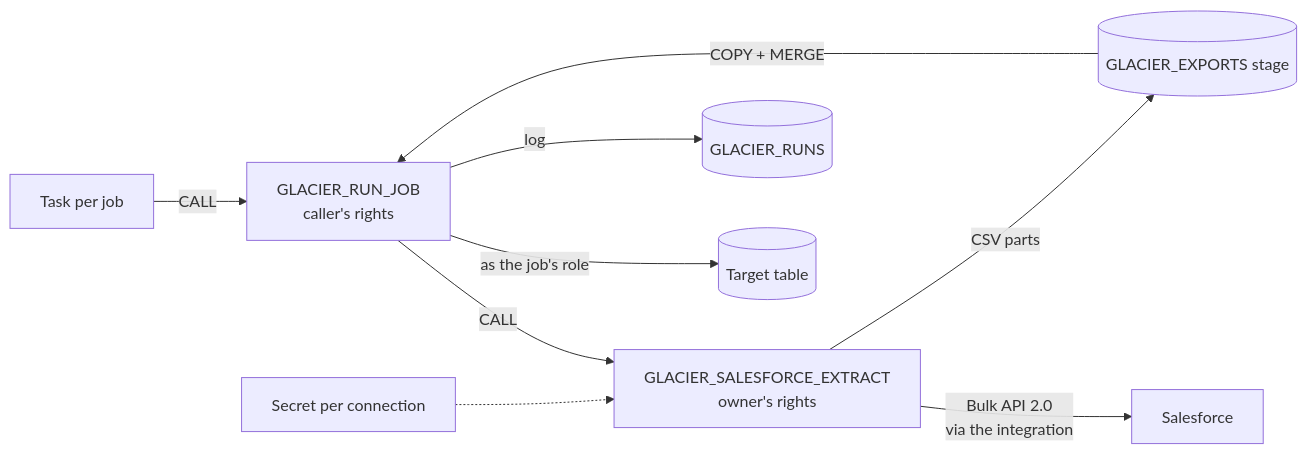
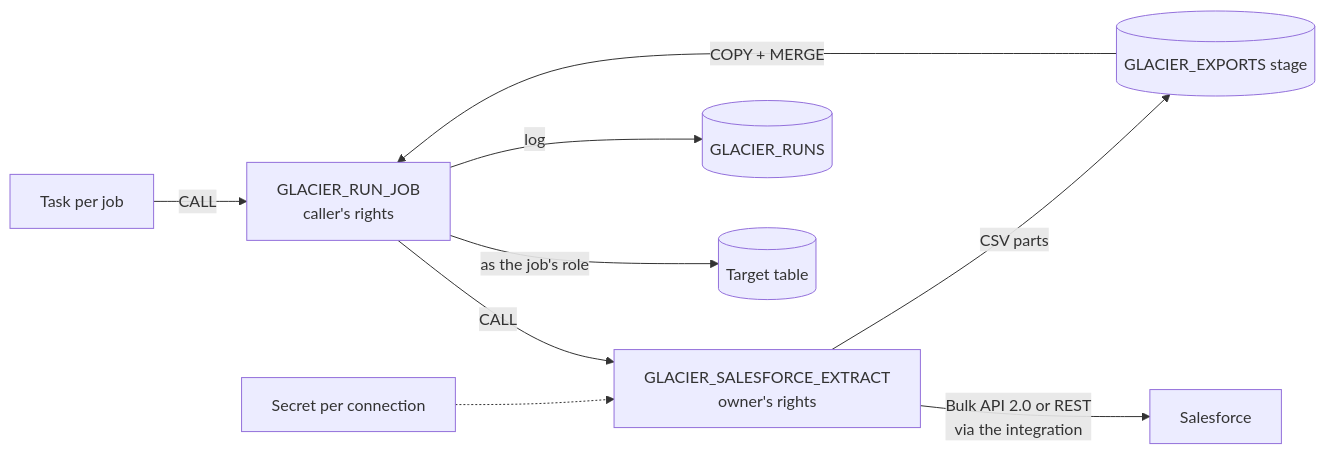
One commit to cranforce/Glacier changed the diagram in docs/snowflake-setup.md. Above: the diagram before and after it, drawn with Mermaid. The commit also changed other lines of this file and 16 other files, not shown here.

First line of the commit message:
Let each job export through the Salesforce Bulk API or REST API

````diff
--- a/docs/snowflake-setup.md
+++ b/docs/snowflake-setup.md
@@ -17,11 +17,11 @@
 ```mermaid
 flowchart LR
   TASK["Task per job"] -- "CALL" --> RUN["GLACIER_RUN_JOB<br/>caller's rights"]
   RUN -- "CALL" --> EXT["GLACIER_SALESFORCE_EXTRACT<br/>owner's rights"]
   SEC["Secret per connection"] -.-> EXT
-  EXT -- "Bulk API 2.0<br/>via the integration" --> SF["Salesforce"]
+  EXT -- "Bulk API 2.0 or REST<br/>via the integration" --> SF["Salesforce"]
   EXT -- "CSV parts" --> STG[("GLACIER_EXPORTS stage")]
   STG -- "COPY + MERGE" --> RUN
   RUN -- "as the job's role" --> DEST[("Target table")]
   RUN -- "log" --> RUNS[("GLACIER_RUNS")]
 ```
````
